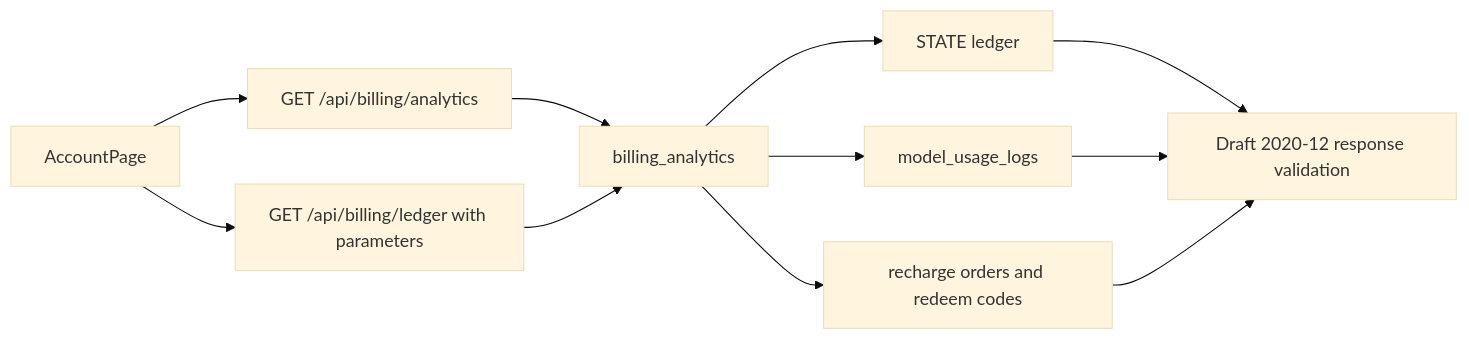
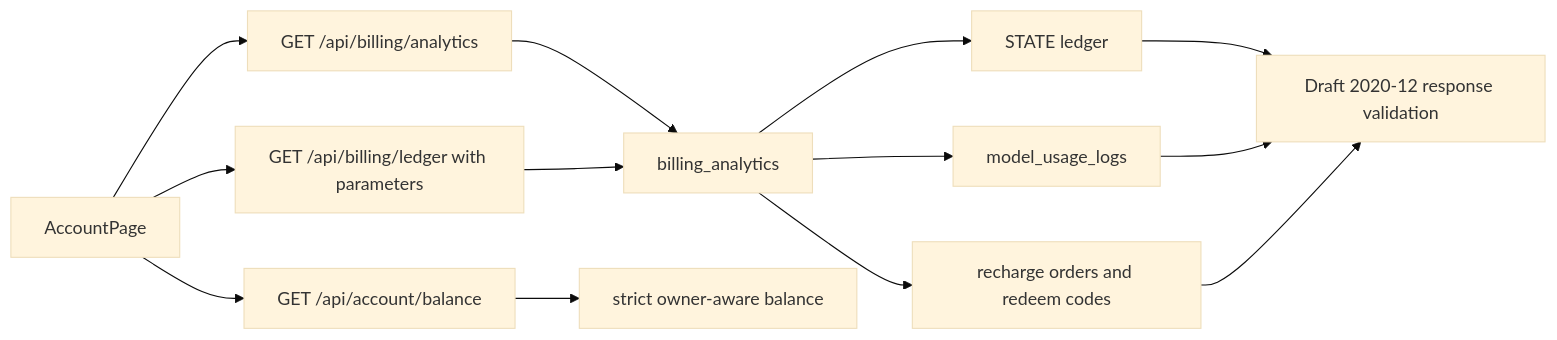
One commit to ziyou-1/matrixship changed the first of 4 diagrams in docs/ARCHITECTURE.md. Above: the diagram before and after it, drawn with Mermaid (base theme). The commit also changed other lines of this file and 93 other files, not shown here.

````diff
--- a/docs/ARCHITECTURE.md
+++ b/docs/ARCHITECTURE.md
@@ -13,13 +41,15 @@
 ```mermaid
 flowchart LR
+    A --> I[GET /api/account/balance]
     A[AccountPage] --> B[GET /api/billing/analytics]
     A --> C[GET /api/billing/ledger with parameters]
     B --> D[billing_analytics]
     C --> D
     D --> E[STATE ledger]
     D --> F[model_usage_logs]
     D --> G[recharge orders and redeem codes]
     E --> H[Draft 2020-12 response validation]
     F --> H
     G --> H
+    I --> J[strict owner-aware balance]
 ```
````
